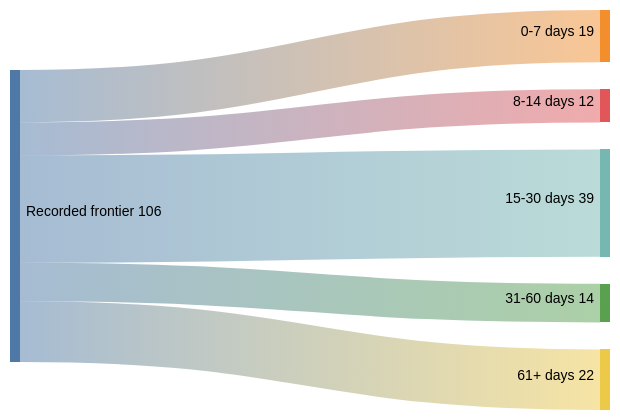
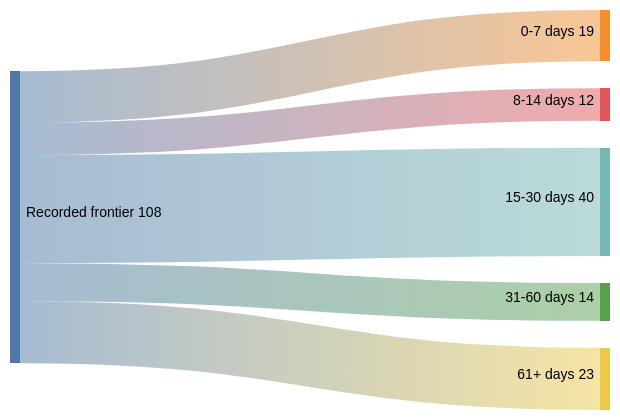
Before and after one commit to Armanasq/phd_tracker: the diagram in docs/diagrams/horizon_sankey.mmd, drawn with Mermaid (forest theme). The commit also changed 28 other files, not shown here.

```diff
--- a/docs/diagrams/horizon_sankey.mmd
+++ b/docs/diagrams/horizon_sankey.mmd
@@ -1,6 +1,6 @@
 sankey-beta
 Recorded frontier,0-7 days,19
 Recorded frontier,8-14 days,12
-Recorded frontier,15-30 days,39
+Recorded frontier,15-30 days,40
 Recorded frontier,31-60 days,14
-Recorded frontier,61+ days,22
+Recorded frontier,61+ days,23
```
